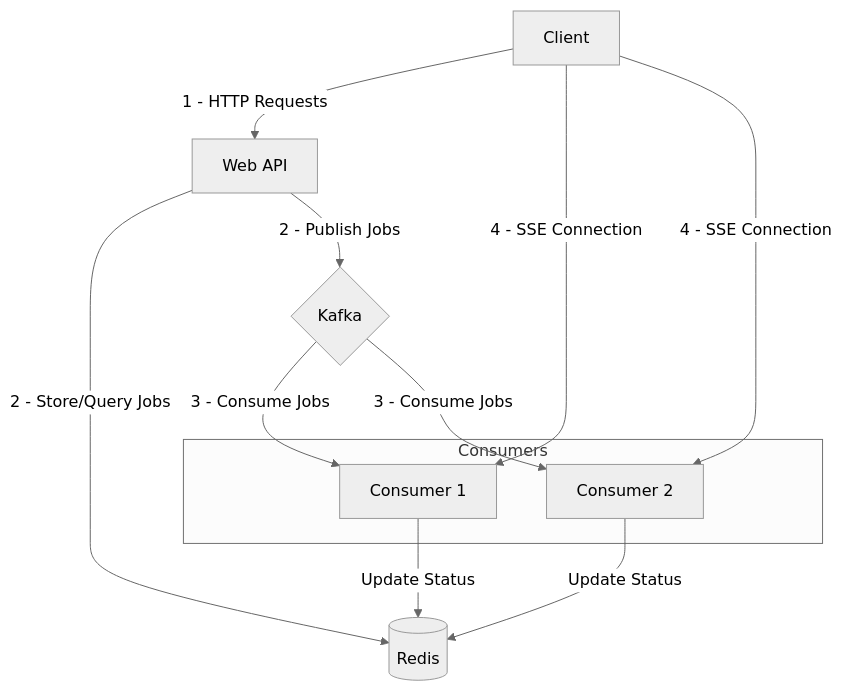
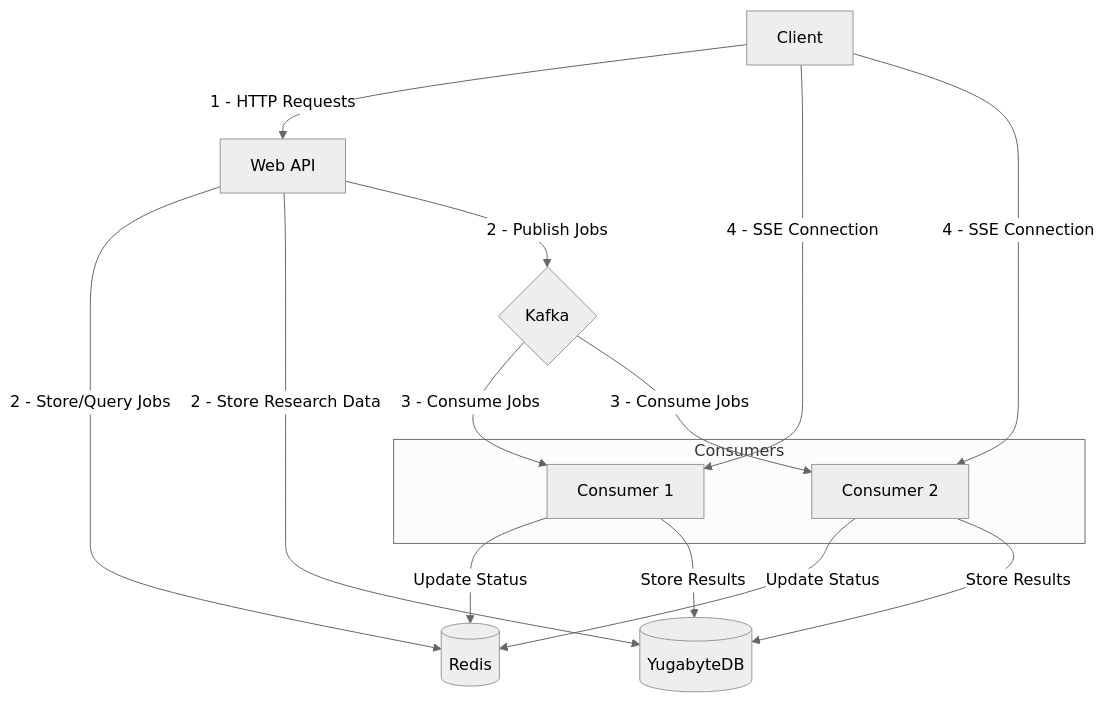
One commit to richardr1126/research-pod-api changed the first of 3 diagrams in README.md. Above: the diagram before and after it, drawn with Mermaid (neutral theme). The commit also changed other lines of this file and 22 other files, not shown here.

````diff
--- a/README.md
+++ b/README.md
@@ -22,20 +24,24 @@
 ```mermaid
 graph TD
     Client[Client] --> |1 - HTTP Requests| WebAPI[Web API]
     Client --> |4 - SSE Connection| Consumer1[Consumer 1]
     Client --> |4 - SSE Connection| Consumer2[Consumer 2]
     
     WebAPI --> |2 - Store/Query Jobs| Redis[(Redis)]
+    WebAPI --> |2 - Store Research Data| YugabyteDB[(YugabyteDB)]
     WebAPI --> |2 - Publish Jobs| Kafka{Kafka}
     
     Kafka --> |3 - Consume Jobs| Consumer1
     Kafka --> |3 - Consume Jobs| Consumer2
     
     Consumer1 --> |Update Status| Redis
     Consumer2 --> |Update Status| Redis
     
+    Consumer1 --> |Store Results| YugabyteDB
+    Consumer2 --> |Store Results| YugabyteDB
+    
     subgraph Consumers
         Consumer1
         Consumer2
     end
 ```
````
